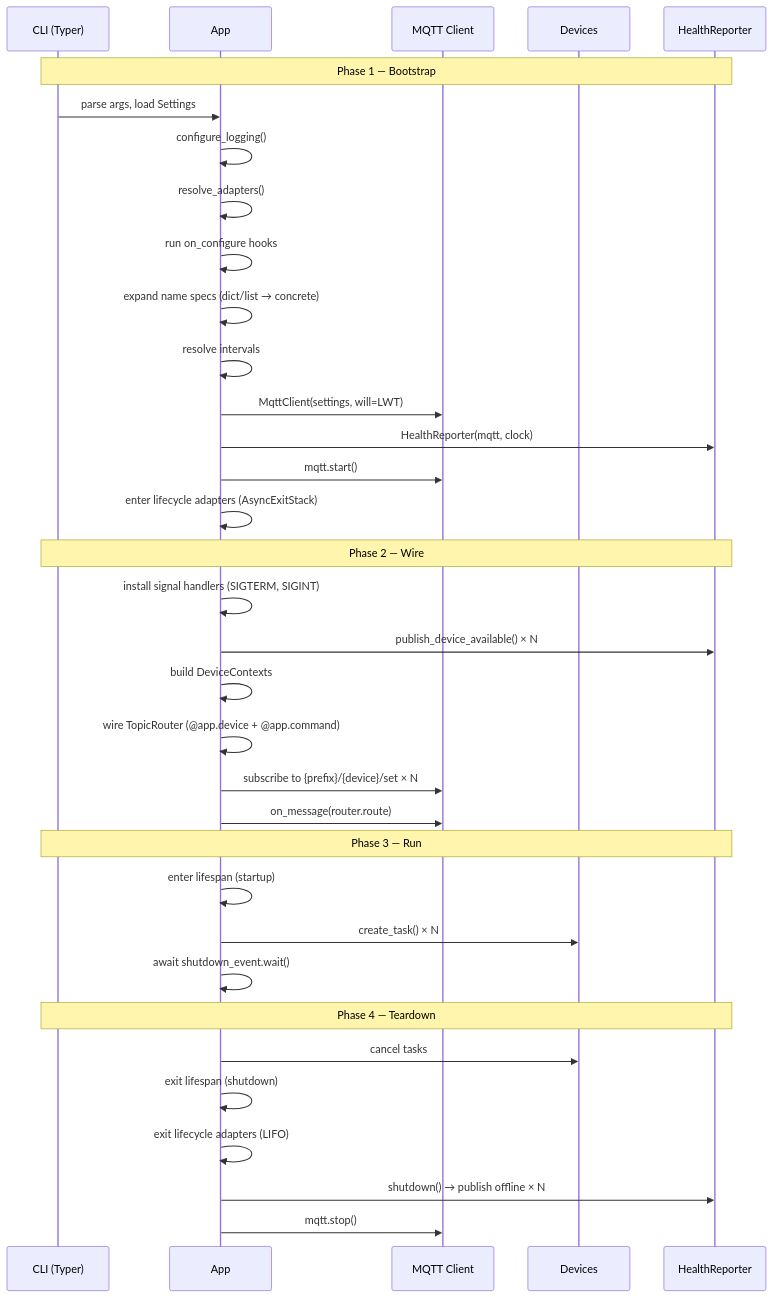
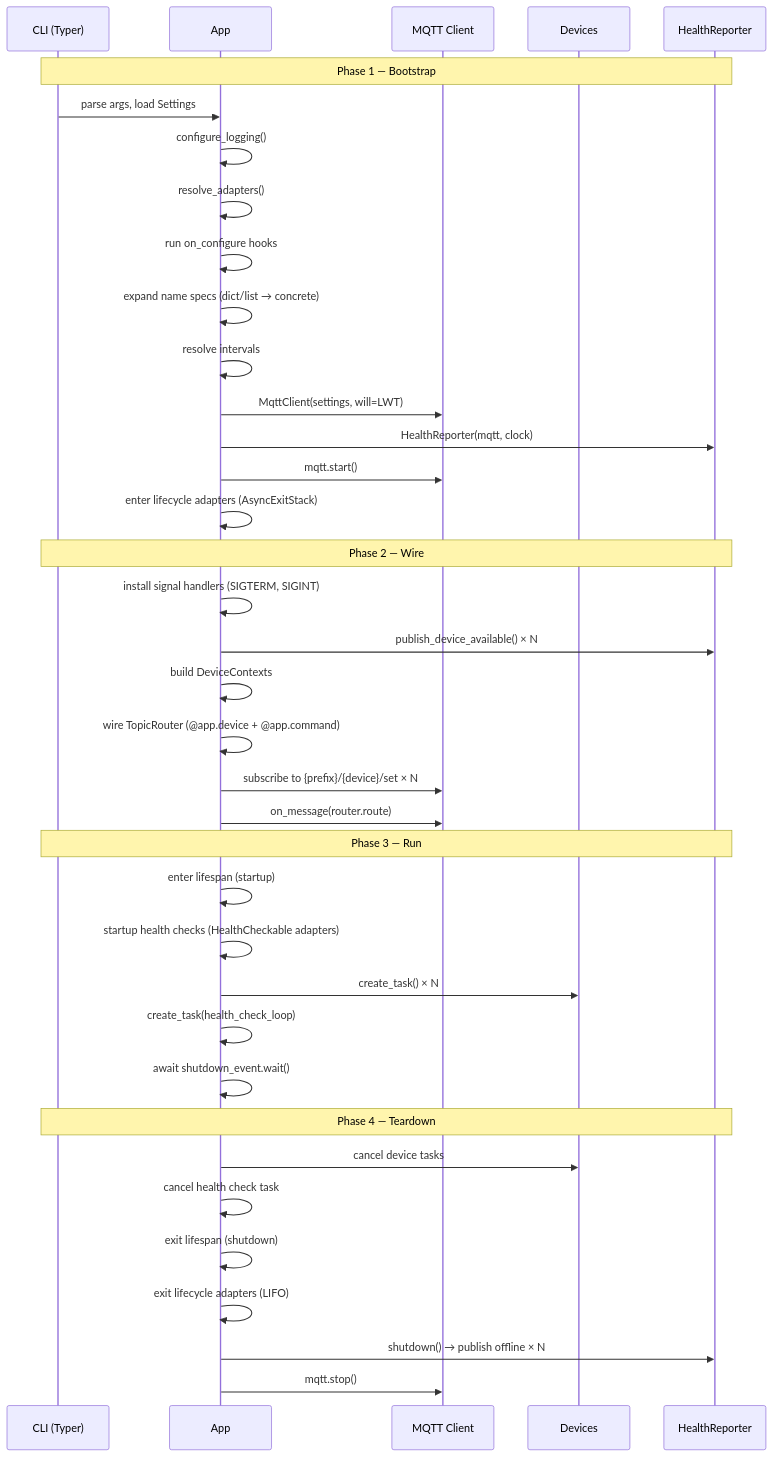
One commit to ff-fab/cosalette changed the diagram in docs/concepts/lifecycle.md. Above: the diagram before and after it, drawn with Mermaid. The commit also changed other lines of this file and 3 other files, not shown here.

First line of the commit message:
docs: add adapter health check docs to concept pages (#139)

````diff
--- a/docs/concepts/lifecycle.md
+++ b/docs/concepts/lifecycle.md
@@ -13,40 +13,43 @@
 ```mermaid
 sequenceDiagram
     participant CLI as CLI (Typer)
     participant App
     participant MQTT as MQTT Client
     participant Devices
     participant Health as HealthReporter
 
     Note over CLI,Health: Phase 1 — Bootstrap
     CLI->>App: parse args, load Settings
     App->>App: configure_logging()
     App->>App: resolve_adapters()
     App->>App: run on_configure hooks
     App->>App: expand name specs (dict/list → concrete)
     App->>App: resolve intervals
     App->>MQTT: MqttClient(settings, will=LWT)
     App->>Health: HealthReporter(mqtt, clock)
     App->>MQTT: mqtt.start()
     App->>App: enter lifecycle adapters (AsyncExitStack)
 
     Note over CLI,Health: Phase 2 — Wire
     App->>App: install signal handlers (SIGTERM, SIGINT)
     App->>Health: publish_device_available() × N
     App->>App: build DeviceContexts
     App->>App: wire TopicRouter (@app.device + @app.command)
     App->>MQTT: subscribe to {prefix}/{device}/set × N
     App->>MQTT: on_message(router.route)
 
     Note over CLI,Health: Phase 3 — Run
     App->>App: enter lifespan (startup)
+    App->>App: startup health checks (HealthCheckable adapters)
     App->>Devices: create_task() × N
+    App->>App: create_task(health_check_loop)
     App->>App: await shutdown_event.wait()
 
     Note over CLI,Health: Phase 4 — Teardown
-    App->>Devices: cancel tasks
+    App->>Devices: cancel device tasks
+    App->>App: cancel health check task
     App->>App: exit lifespan (shutdown)
     App->>App: exit lifecycle adapters (LIFO)
     App->>Health: shutdown() → publish offline × N
     App->>MQTT: mqtt.stop()
 ```
````
